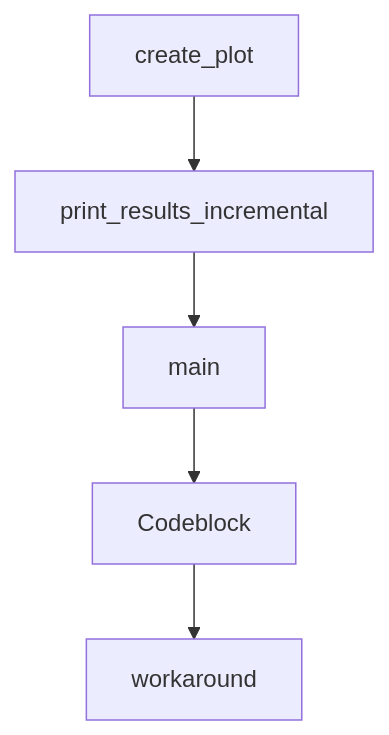
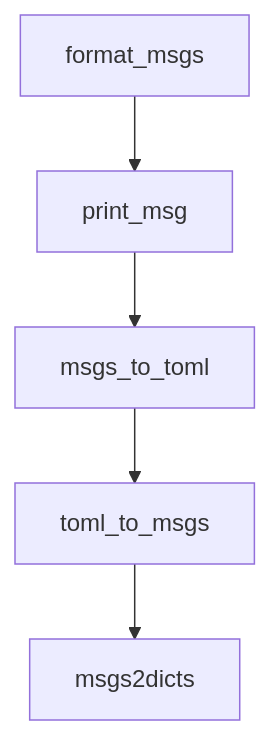
Before and after one commit to johnxie/awesome-code-docs: the diagram in tutorials/gptme-tutorial/02-core-cli-workflow-and-prompt-patterns.md, drawn with Mermaid. The commit also changed other lines of this file and 1232 other files, not shown here.

````diff
--- a/tutorials/gptme-tutorial/02-core-cli-workflow-and-prompt-patterns.md
+++ b/tutorials/gptme-tutorial/02-core-cli-workflow-and-prompt-patterns.md
@@ -211,12 +209,12 @@
 ```mermaid
 flowchart TD
-    A[create_plot]
-    B[print_results_incremental]
-    C[main]
-    D[Codeblock]
-    E[workaround]
+    A[format_msgs]
+    B[print_msg]
+    C[msgs_to_toml]
+    D[toml_to_msgs]
+    E[msgs2dicts]
     A --> B
     B --> C
     C --> D
     D --> E
 ```
````
